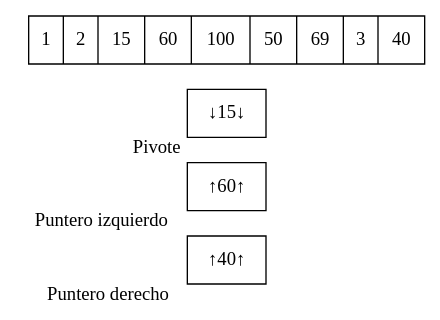
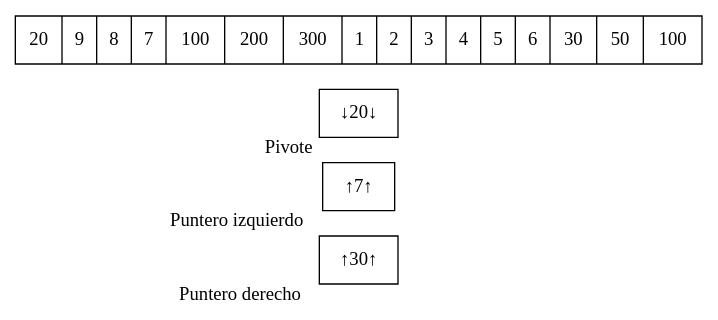
The diagram in src/Imagenes/quicksort/i24.dot (oscarc99/EDD_DIC_2019_PY2_201709140-), drawn with Graphviz before and after one commit. The commit also changed 655 other files, not shown here.

```diff
--- a/src/Imagenes/quicksort/i24.dot
+++ b/src/Imagenes/quicksort/i24.dot
@@ -1,5 +1,5 @@
 digraph G{ node [shape = record ];
- rankdir=LR;puntDer[label="↑40↑" xlabel="Puntero derecho" pos = "12,0!"]
-puntIzq[label="↑60↑" xlabel="Puntero izquierdo" pos = "8,0!"]
-pivote[label="↓15↓" xlabel ="Pivote" pos = "10,2!"]
-X[label="{ 1|2|15|60|100|50|69|3|40}" pos = "10,1!" ]}
+ rankdir=LR;puntDer[label="↑30↑" xlabel="Puntero derecho" pos = "12,0!"]
+puntIzq[label="↑7↑" xlabel="Puntero izquierdo" pos = "8,0!"]
+pivote[label="↓20↓" xlabel ="Pivote" pos = "10,2!"]
+X[label="{ 20|9|8|7|100|200|300|1|2|3|4|5|6|30|50|100}" pos = "10,1!" ]}
```
